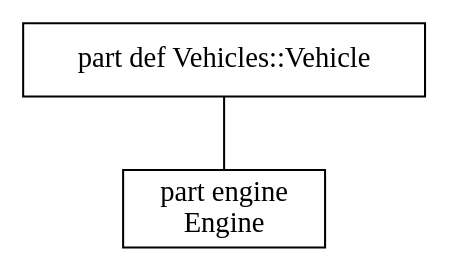
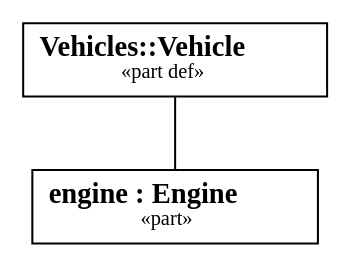
Before and after one commit to Open-MBEE/OpenSysML: the first of 2 diagrams in docs/project/view-rendering-forms.md, drawn with Graphviz. The commit also changed other lines of this file and 59 other files, not shown here.

First line of the commit message:
feat(view): lead diagram node labels with the element's name

````diff
--- a/docs/project/view-rendering-forms.md
+++ b/docs/project/view-rendering-forms.md
@@ -60,11 +83,11 @@
 ```dot
 // view: VehicleViews::vehicleView
 // kind: tree
 // layout: dot
 digraph "VehicleViews::vehicleView" {
   node [shape=box];
-  "n0" [label="part def Vehicles::Vehicle"];
-  "n1" [label="part engine\nEngine"];
+  "n0" [label=<<b>Vehicles::Vehicle</b><br/><font point-size="10">«part def»</font>>];
+  "n1" [label=<<b>engine : Engine</b><br/><font point-size="10">«part»</font>>];
   "n0" -> "n1" [arrowhead=none];
 }
 ```
````
